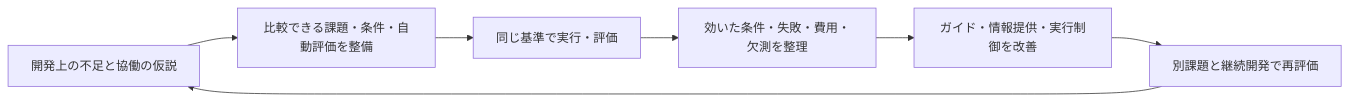
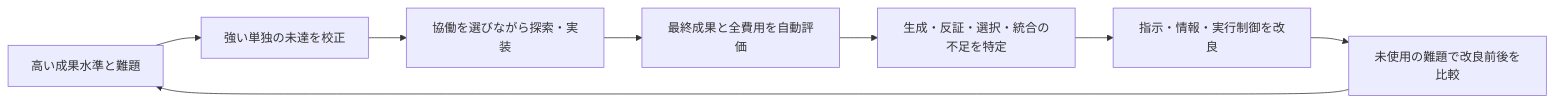
The diagram in docs/project-plan.md (TA-Robot/devcontainer), drawn with Mermaid before and after one commit. The commit also changed other lines of this file and 9 other files, not shown here.

````diff
--- a/docs/project-plan.md
+++ b/docs/project-plan.md
@@ -20,9 +124,10 @@
 ```mermaid
 flowchart LR
-    A[開発上の不足と協働の仮説] --> B[比較できる課題・条件・自動評価を整備]
-    B --> C[同じ基準で実行・評価]
-    C --> D[効いた条件・失敗・費用・欠測を整理]
-    D --> E[ガイド・情報提供・実行制御を改善]
-    E --> F[別課題と継続開発で再評価]
-    F --> A
+    A[高い成果水準と難題] --> B[強い単独の未達を校正]
+    B --> C[協働を選びながら探索・実装]
+    C --> D[最終成果と全費用を自動評価]
+    D --> E[生成・反証・選択・統合の不足を特定]
+    E --> F[指示・情報・実行制御を改良]
+    F --> G[未使用の難題で改良前後を比較]
+    G --> A
 ```
````
